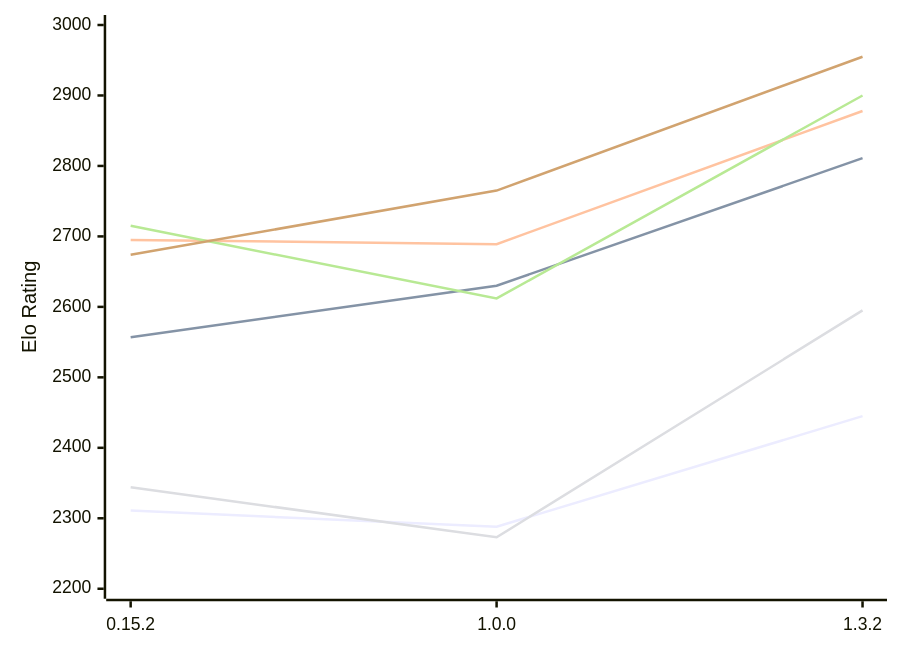
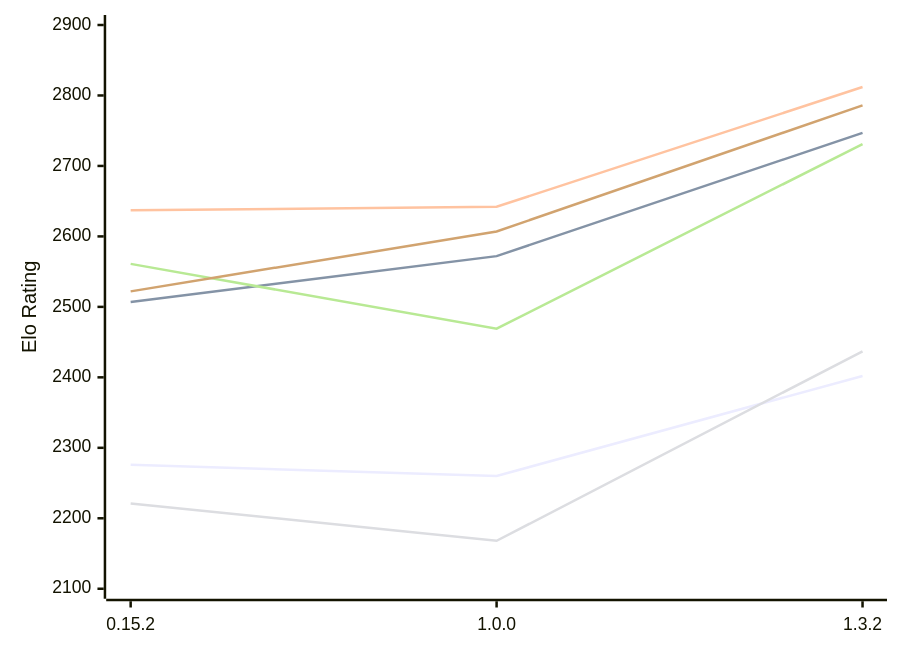
The diagram in engines/ElephantGambit.md (computer-chess-index/cci), drawn with Mermaid before and after one commit. The commit also changed other lines of this file, not shown here.

Commit message:
Update CCI Ratings (ELO VLTC) - 2026-11-13

````diff
--- a/engines/ElephantGambit.md
+++ b/engines/ElephantGambit.md
@@ -52,12 +52,12 @@
 ```mermaid
 %%{init: {"theme":"base","themeVariables":{"seriesColors:['#a3a3a3','#222221','#faa371']}}}%%
 xychart-beta
   x-axis ["0.15.2", "1.0.0", "1.3.2"]
-  y-axis "Elo Rating" 2200 --> 3000
-  line "E1: STC (8.0+0.08s)" [2311, 2288, 2445]
-  line "E1: LTC (60.0+0.60s)" [2557, 2630, 2811]
-  line "E1: VLTC (2m24s+1.12s)" [2695, 2689, 2878]
-  line "P1: STC (8.0+0.08s)" [2344, 2273, 2595]
-  line "P1: LTC (60.0+0.60s)" [2715, 2612, 2900]
-  line "P1: VLTC (2m24s+1.12s)" [2674, 2765, 2955]
+  y-axis "Elo Rating" 2100 --> 2900
+  line "E1: STC (8.0+0.08s)" [2276, 2260, 2402]
+  line "E1: LTC (60.0+0.60s)" [2507, 2572, 2747]
+  line "E1: VLTC (2m24s+1.12s)" [2637, 2642, 2812]
+  line "P1: STC (8.0+0.08s)" [2221, 2168, 2437]
+  line "P1: LTC (60.0+0.60s)" [2561, 2469, 2731]
+  line "P1: VLTC (2m24s+1.12s)" [2522, 2607, 2786]
 ```
````
